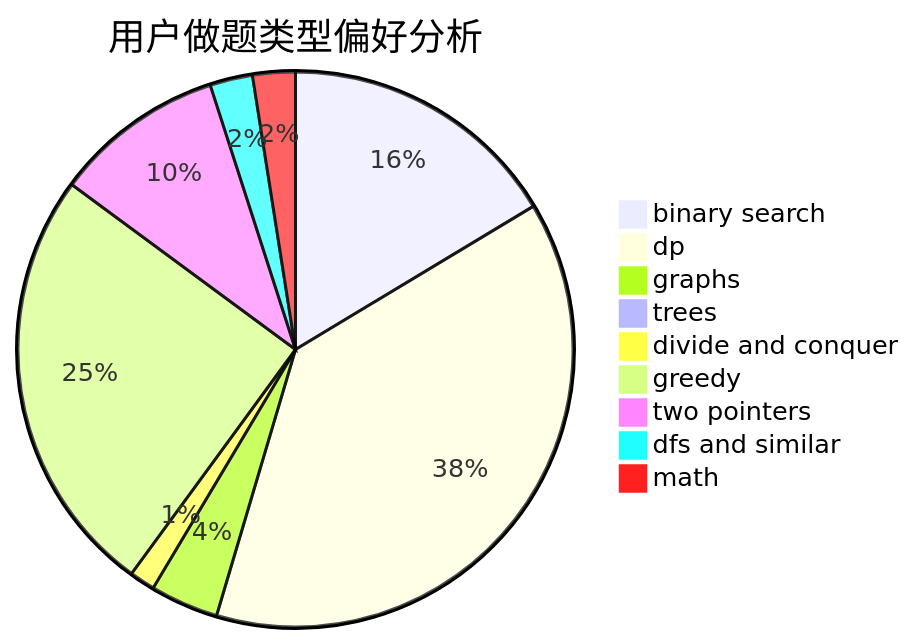
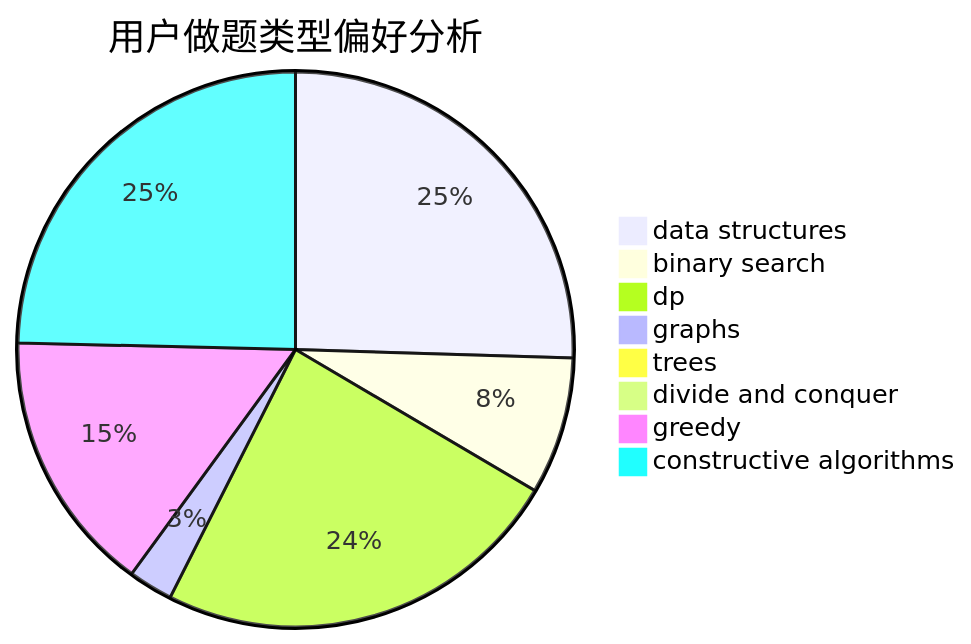
Before and after one commit to sherpahu/cfrs.github.io: the second of 3 diagrams in docs/user/u1492.md, drawn with Mermaid. The commit also changed other lines of this file and 2775 other files, not shown here.

````diff
--- a/docs/user/u1492.md
+++ b/docs/user/u1492.md
@@ -23,12 +23,11 @@
 ```mermaid
 pie title 用户做题类型偏好分析
-    "binary search" :  66
-    "dp" :  154
-    "graphs" :  16
-    "trees" :  3
-    "divide and conquer" :  6
-    "greedy" :  101
-    "two pointers" :  40
-    "dfs and similar" :  10
-    "math" :  10
+    "data structures" :  118
+    "binary search" :  37
+    "dp" :  111
+    "graphs" :  12
+    "trees" :  0
+    "divide and conquer" :  0
+    "greedy" :  71
+    "constructive algorithms" :  114
 ```
````
